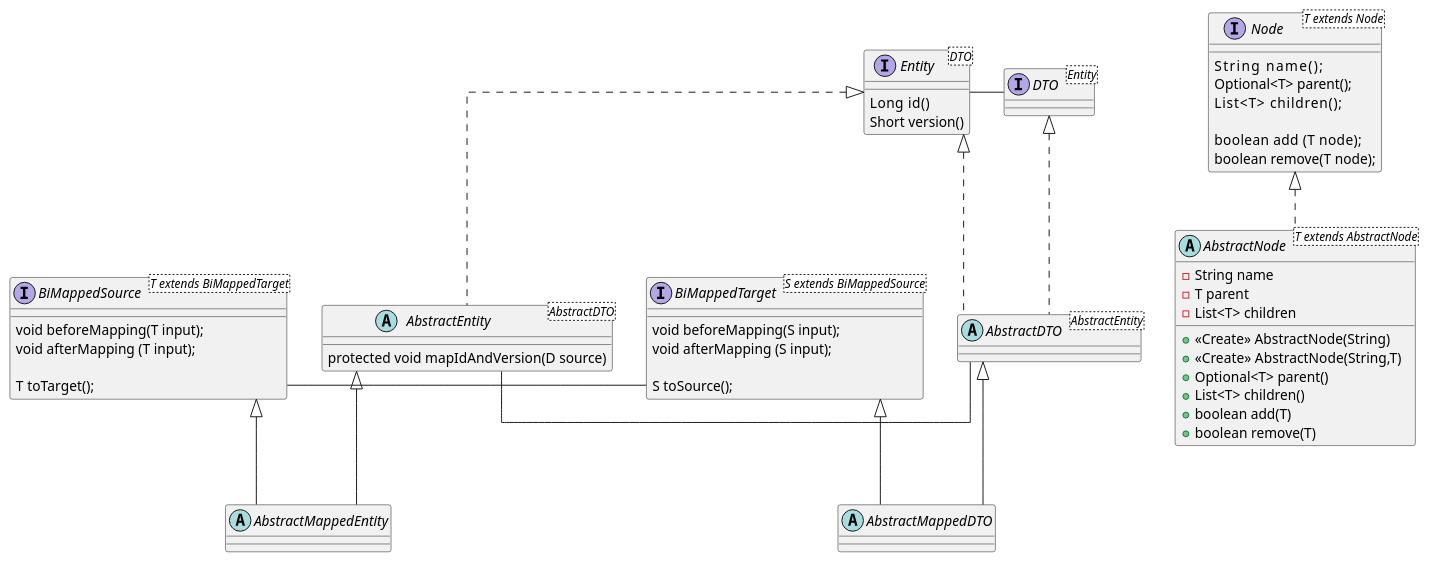
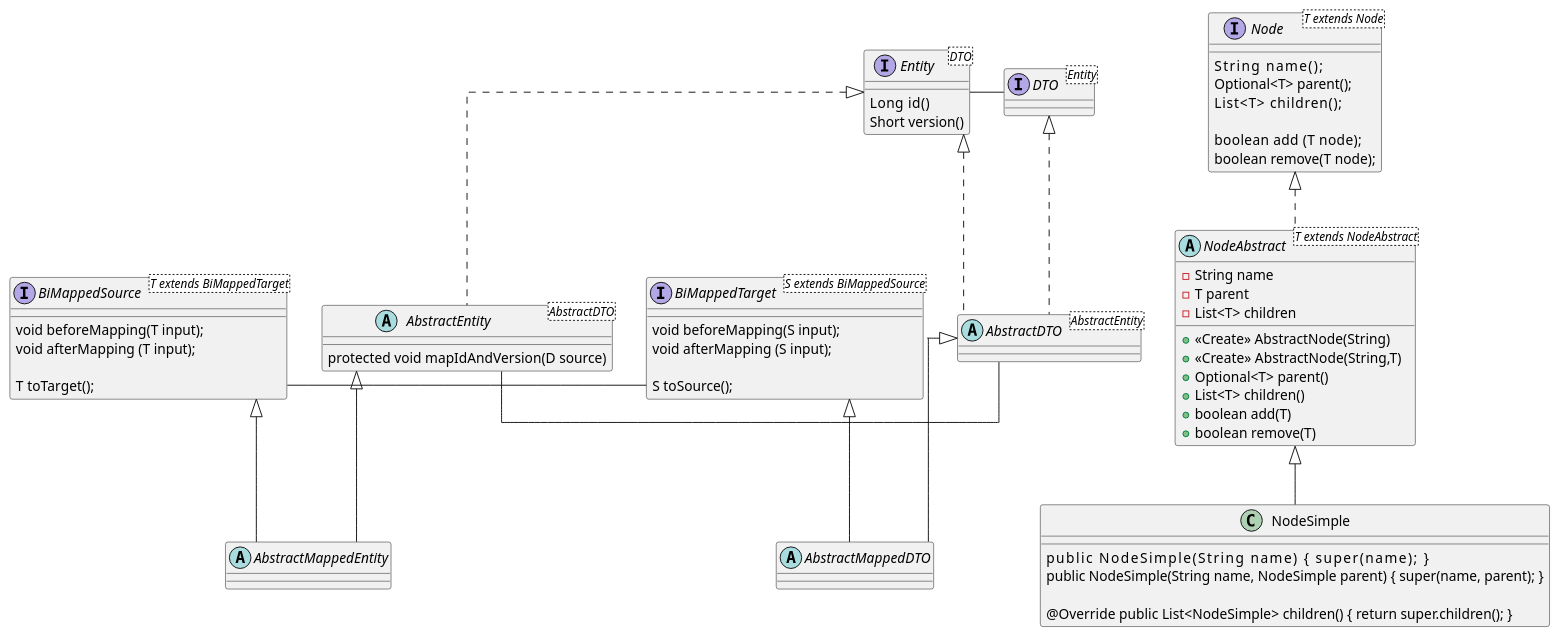
The diagram in jpa/core.mapstruct.demo.bidirectional/readme.md (r-uu/r-uu.lib), drawn with PlantUML before and after one commit. The commit also changed other lines of this file and 20 other files, not shown here.

````diff
--- a/jpa/core.mapstruct.demo.bidirectional/readme.md
+++ b/jpa/core.mapstruct.demo.bidirectional/readme.md
@@ -1,3 +5,4 @@
+```plantuml
 @startuml
 
 skinparam linetype ortho
@@ -21,11 +26,11 @@
     Optional<T> parent();
     List<T>     children();
 
-	boolean add   (T node);
+    boolean add   (T node);
     boolean remove(T node);
 }
 
-abstract class AbstractDTO<AbstractEntity> implements DTO, Entity
+abstract class AbstractDTO<AbstractEntity> implements Entity, DTO
 abstract class AbstractEntity<AbstractDTO> implements Entity
 {
     protected void mapIdAndVersion(D source)
@@ -38,6 +43,7 @@
 
 	T toTarget();
 }
+
 interface BiMappedTarget<S extends BiMappedSource>
 {
     void beforeMapping(S input); 
@@ -47,9 +53,9 @@
 }
 
 abstract class AbstractMappedEntity extends AbstractEntity
-abstract class AbstractMappedDTO extends AbstractDTO
+abstract class AbstractMappedDTO    extends AbstractDTO
 
-abstract class AbstractNode<T extends AbstractNode> implements Node<T>
+abstract class NodeAbstract<T extends NodeAbstract> implements Node<T>
 {
     - String name
     - T parent
@@ -60,6 +66,14 @@
     + List<T> children()
     + boolean add(T)
     + boolean remove(T)
+}
+
+class NodeSimple extends NodeAbstract<NodeSimple>
+{
+    public NodeSimple(String name)                    { super(name); }
+    public NodeSimple(String name, NodeSimple parent) { super(name, parent); }
+
+    @Override public List<NodeSimple> children() { return super.children(); }
 }
 
 '''''''''''
@@ -75,3 +89,4 @@
 BiMappedSource <|-- AbstractMappedEntity
 
 @enduml
+```
````
